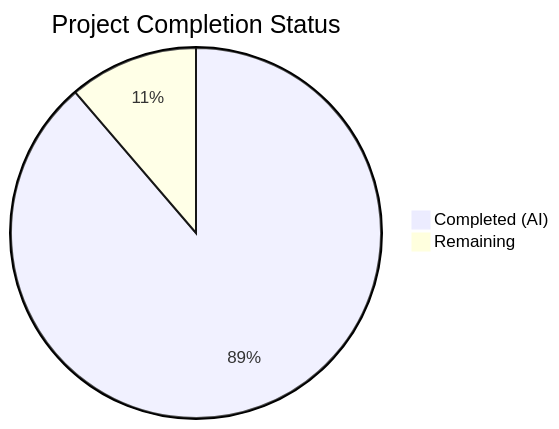
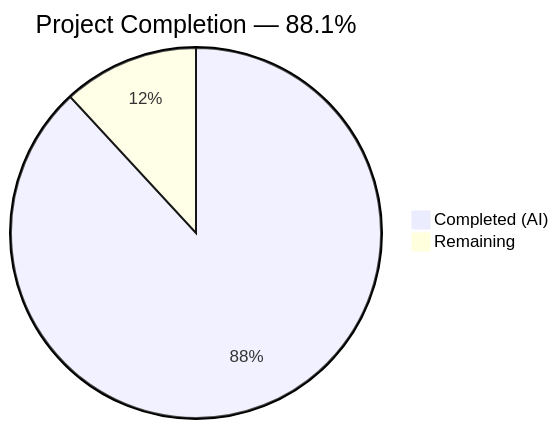
The first of 2 diagrams in blitzy/documentation/Project Guide.md (Blitzy-Sandbox/blitzy-bluez), drawn with Mermaid before and after one commit. The commit also changed other lines of this file, not shown here.

Commit message:
Adding Blitzy Project Guide: Project Status and Human Tasks Remaining

````diff
--- a/blitzy/documentation/Project Guide.md
+++ b/blitzy/documentation/Project Guide.md
@@ -22,5 +13,5 @@
 ```mermaid
-pie title Project Completion Status
-    "Completed (AI)" : 1132
-    "Remaining" : 144
+pie title Project Completion — 88.1%
+    "Completed (AI)" : 1560
+    "Remaining" : 210
 ```
````
